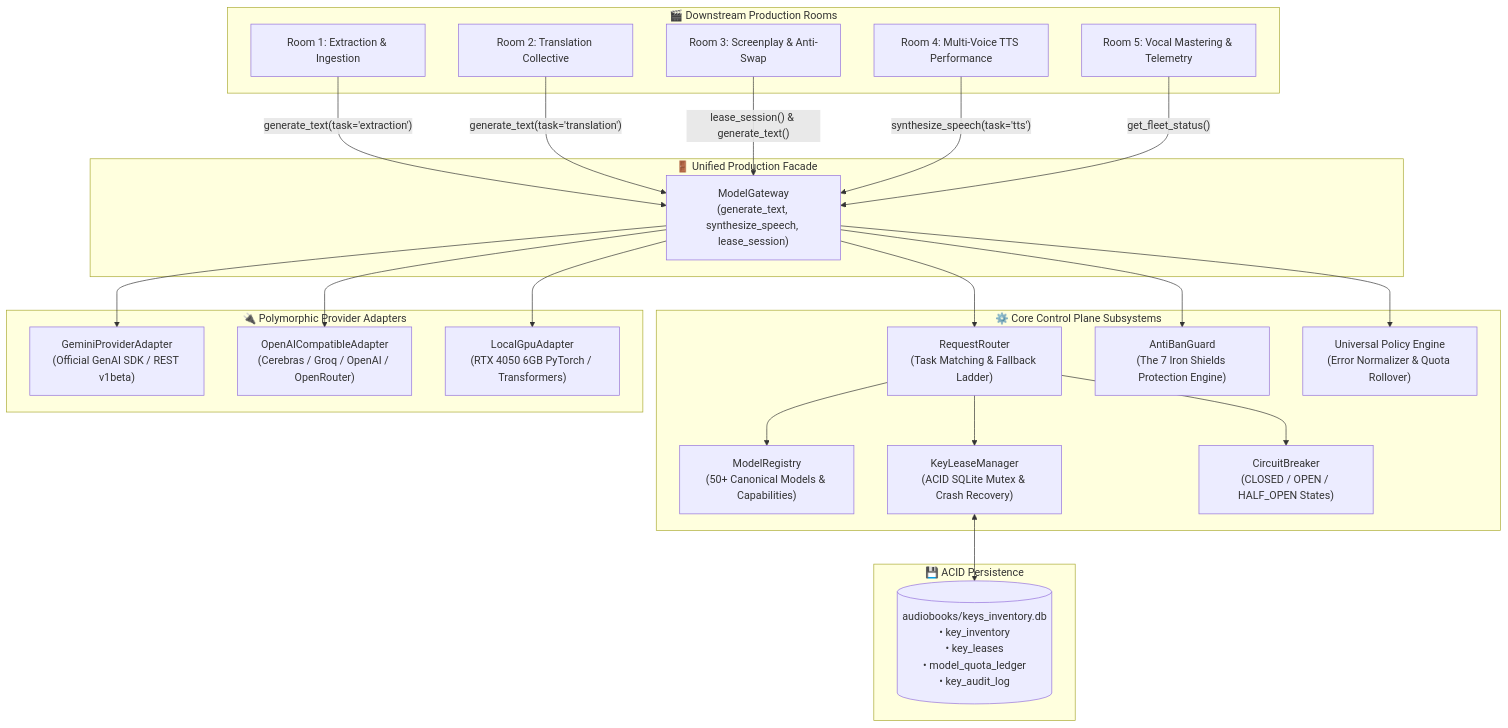
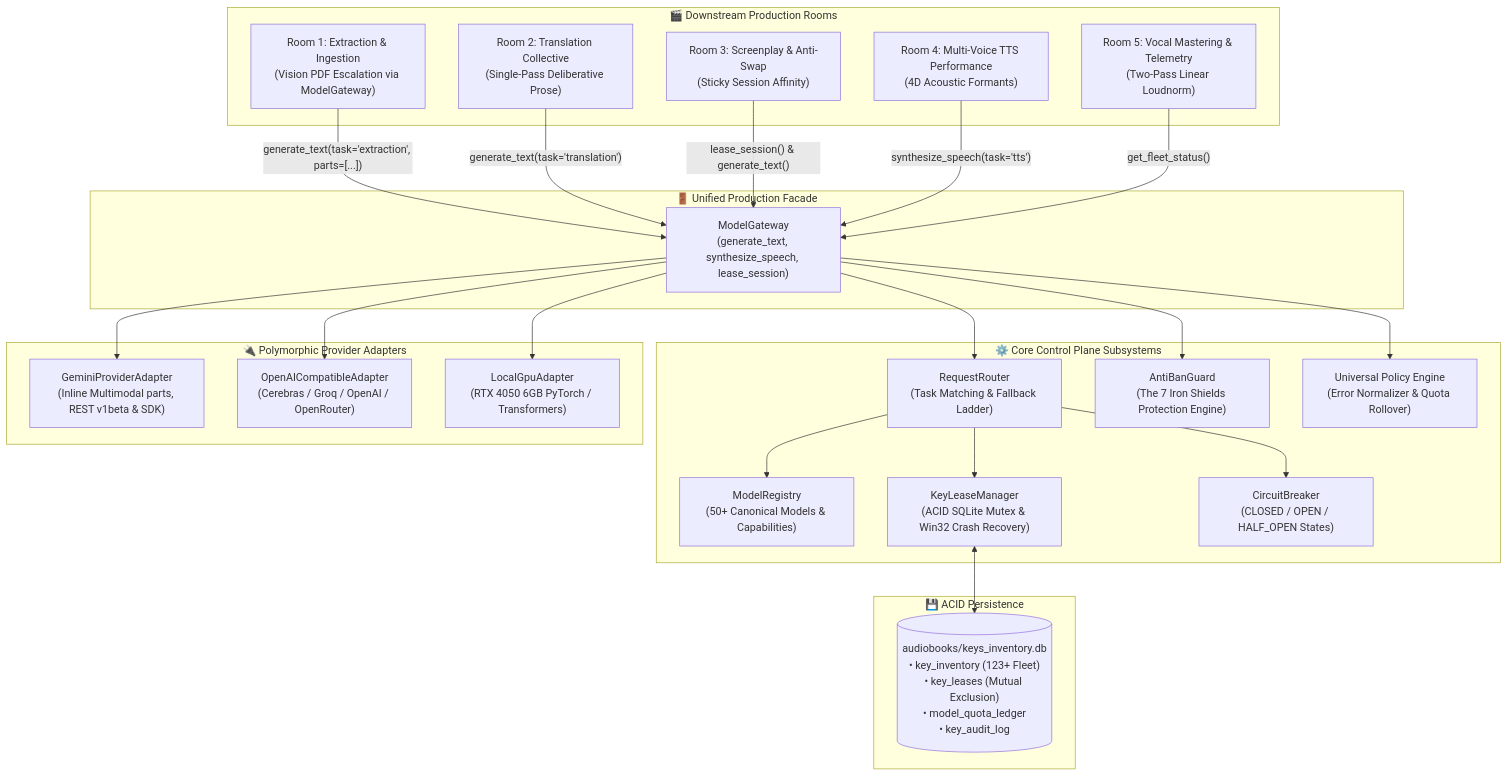
The second of 2 diagrams in docs/ARCHITECTURE.md (naksh-07/audiobook-studio), drawn with Mermaid before and after one commit. The commit also changed other lines of this file and 7 other files, not shown here.

Commit message:
docs(core): synchronize architecture, CLI reference, and grand unification plan for Phase 1 completion

````diff
--- a/docs/ARCHITECTURE.md
+++ b/docs/ARCHITECTURE.md
@@ -105,51 +105,51 @@
 ```mermaid
 flowchart TD
     subgraph Rooms["🎬 Downstream Production Rooms"]
-        R1["Room 1: Extraction & Ingestion"]
-        R2["Room 2: Translation Collective"]
-        R3["Room 3: Screenplay & Anti-Swap"]
-        R4["Room 4: Multi-Voice TTS Performance"]
-        R5["Room 5: Vocal Mastering & Telemetry"]
+        R1["Room 1: Extraction & Ingestion<br/>(Vision PDF Escalation via ModelGateway)"]
+        R2["Room 2: Translation Collective<br/>(Single-Pass Deliberative Prose)"]
+        R3["Room 3: Screenplay & Anti-Swap<br/>(Sticky Session Affinity)"]
+        R4["Room 4: Multi-Voice TTS Performance<br/>(4D Acoustic Formants)"]
+        R5["Room 5: Vocal Mastering & Telemetry<br/>(Two-Pass Linear Loudnorm)"]
     end
 
     subgraph Facade["🚪 Unified Production Facade"]
         Gateway["ModelGateway<br/>(generate_text, synthesize_speech, lease_session)"]
     end
 
     subgraph CorePlane["⚙️ Core Control Plane Subsystems"]
         Router["RequestRouter<br/>(Task Matching & Fallback Ladder)"]
         Registry["ModelRegistry<br/>(50+ Canonical Models & Capabilities)"]
         AntiBan["AntiBanGuard<br/>(The 7 Iron Shields Protection Engine)"]
-        LeaseMgr["KeyLeaseManager<br/>(ACID SQLite Mutex & Crash Recovery)"]
+        LeaseMgr["KeyLeaseManager<br/>(ACID SQLite Mutex & Win32 Crash Recovery)"]
         Breaker["CircuitBreaker<br/>(CLOSED / OPEN / HALF_OPEN States)"]
         PolicyEngine["Universal Policy Engine<br/>(Error Normalizer & Quota Rollover)"]
     end
 
     subgraph Persistence["💾 ACID Persistence"]
-        SQLite[("audiobooks/keys_inventory.db<br/>• key_inventory<br/>• key_leases<br/>• model_quota_ledger<br/>• key_audit_log")]
+        SQLite[("audiobooks/keys_inventory.db<br/>• key_inventory (123+ Fleet)<br/>• key_leases (Mutual Exclusion)<br/>• model_quota_ledger<br/>• key_audit_log")]
     end
 
     subgraph Adapters["🔌 Polymorphic Provider Adapters"]
-        AdGemini["GeminiProviderAdapter<br/>(Official GenAI SDK / REST v1beta)"]
+        AdGemini["GeminiProviderAdapter<br/>(Inline Multimodal parts, REST v1beta & SDK)"]
         AdOpenAI["OpenAICompatibleAdapter<br/>(Cerebras / Groq / OpenAI / OpenRouter)"]
         AdLocal["LocalGpuAdapter<br/>(RTX 4050 6GB PyTorch / Transformers)"]
     end
 
-    R1 -->|"generate_text(task='extraction')"| Gateway
+    R1 -->|"generate_text(task='extraction', parts=[...])"| Gateway
     R2 -->|"generate_text(task='translation')"| Gateway
     R3 -->|"lease_session() & generate_text()"| Gateway
     R4 -->|"synthesize_speech(task='tts')"| Gateway
     R5 -->|"get_fleet_status()"| Gateway
 
     Gateway --> Router
     Router --> Registry
     Router --> Breaker
     Router --> LeaseMgr
     Gateway --> AntiBan
     Gateway --> PolicyEngine
     LeaseMgr <--> SQLite
 
     Gateway --> AdGemini
     Gateway --> AdOpenAI
     Gateway --> AdLocal
 ```
````
